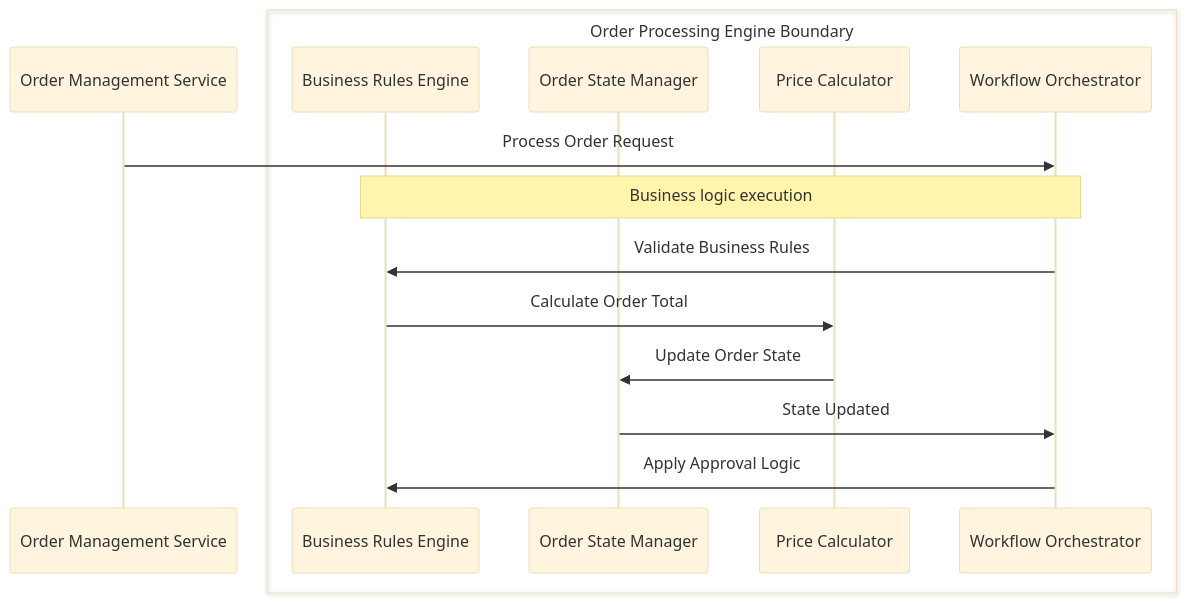
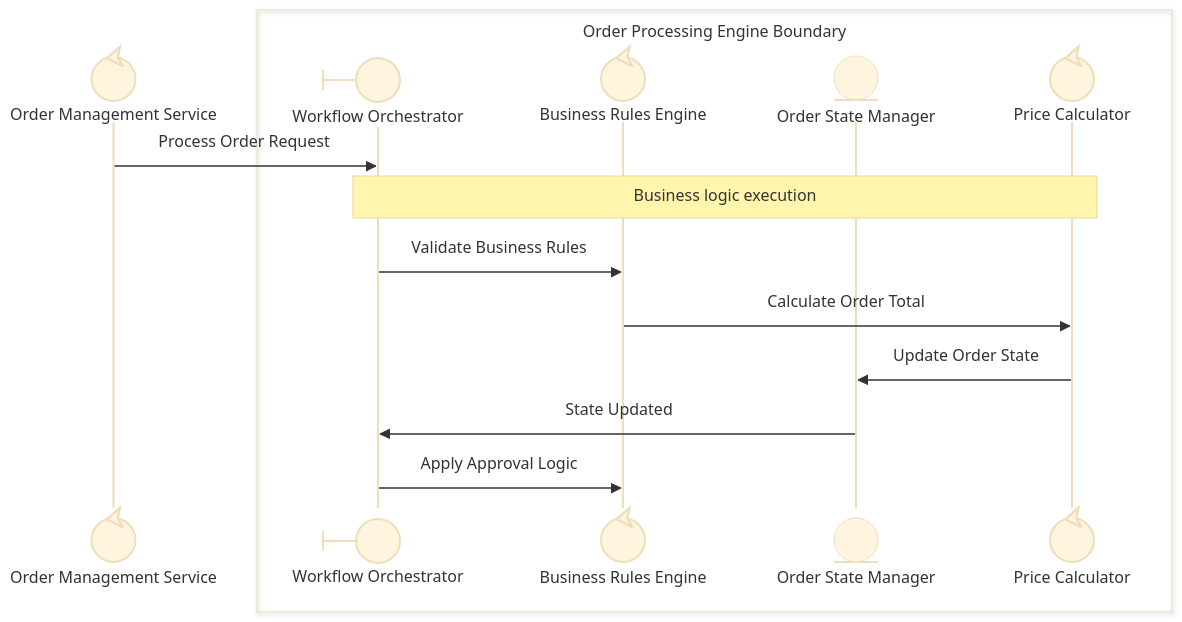
Before and after one commit to zhongadamwang/AI_Slowcooker: the seventh of 13 diagrams in OrgDocument/projects/03 - Building Skills Iteration 2/artifacts/Sample Data/hierarchy-examples.md, drawn with Mermaid (base theme). The commit also changed other lines of this file and 2 other files, not shown here.

````diff
--- a/OrgDocument/projects/03 - Building Skills Iteration 2/artifacts/Sample Data/hierarchy-examples.md
+++ b/OrgDocument/projects/03 - Building Skills Iteration 2/artifacts/Sample Data/hierarchy-examples.md
@@ -175,20 +186,20 @@
 ```mermaid
 sequenceDiagram
-    participant OrderService as Order Management Service
+    participant OrderService@{ "type" : "control" } as Order Management Service
     
     box Order Processing Engine Boundary
-        participant Rules as Business Rules Engine
-        participant State as Order State Manager
-        participant Calculator as Price Calculator
-        participant Workflow as Workflow Orchestrator
+        participant Workflow@{ "type" : "boundary" } as Workflow Orchestrator
+        participant Rules@{ "type" : "control" } as Business Rules Engine
+        participant State@{ "type" : "entity" } as Order State Manager
+        participant Calculator@{ "type" : "control" } as Price Calculator
     end
     
     OrderService->>Workflow: Process Order Request
     
-    Note over Rules,Workflow: Business logic execution
+    Note over Workflow,Calculator: Business logic execution
     Workflow->>Rules: Validate Business Rules
     Rules->>Calculator: Calculate Order Total
     Calculator->>State: Update Order State
     State->>Workflow: State Updated
     Workflow->>Rules: Apply Approval Logic
 ```
````
